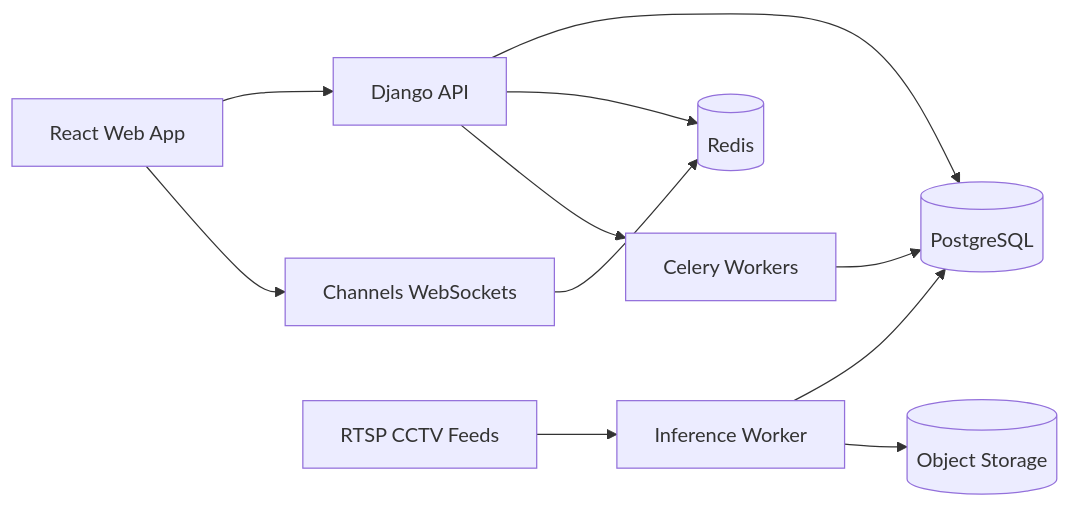
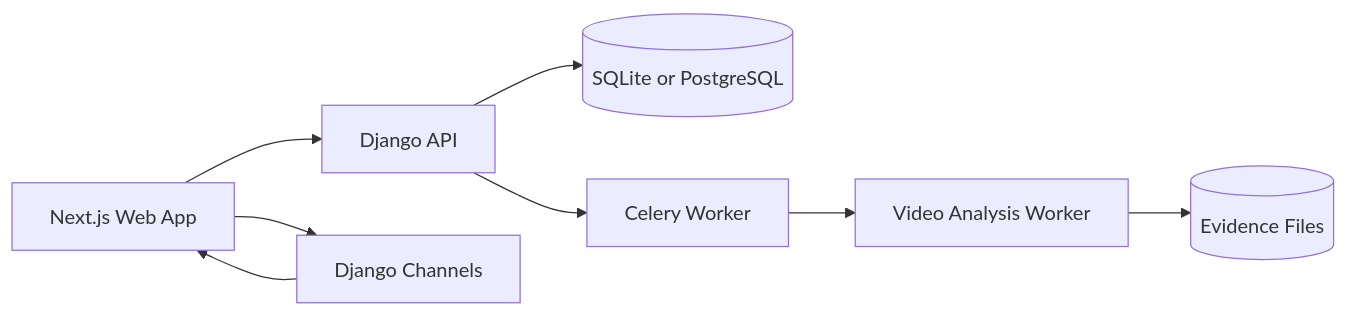
The second of 2 diagrams in README.md (Hasib105/sightline), drawn with Mermaid before and after one commit. The commit also changed other lines of this file and 175 other files, not shown here.

````diff
--- a/README.md
+++ b/README.md
@@ -99,13 +55,10 @@
 ```mermaid
 flowchart LR
-  WEB[React Web App] --> API[Django API]
-  WEB --> WS[Channels WebSockets]
-  API --> DB[(PostgreSQL)]
-  API --> REDIS[(Redis)]
-  API --> CEL[Celery Workers]
-  CAM[RTSP CCTV Feeds] --> INF[Inference Worker]
-  INF --> DB
-  INF --> OBJ[(Object Storage)]
-  WS --> REDIS
-  CEL --> DB
+  WEB[Next.js Web App] --> API[Django API]
+  WEB --> WS[Django Channels]
+  API --> DB[(SQLite or PostgreSQL)]
+  API --> CEL[Celery Worker]
+  CEL --> INF[Video Analysis Worker]
+  INF --> OBJ[(Evidence Files)]
+  WS --> WEB
 ```
````
